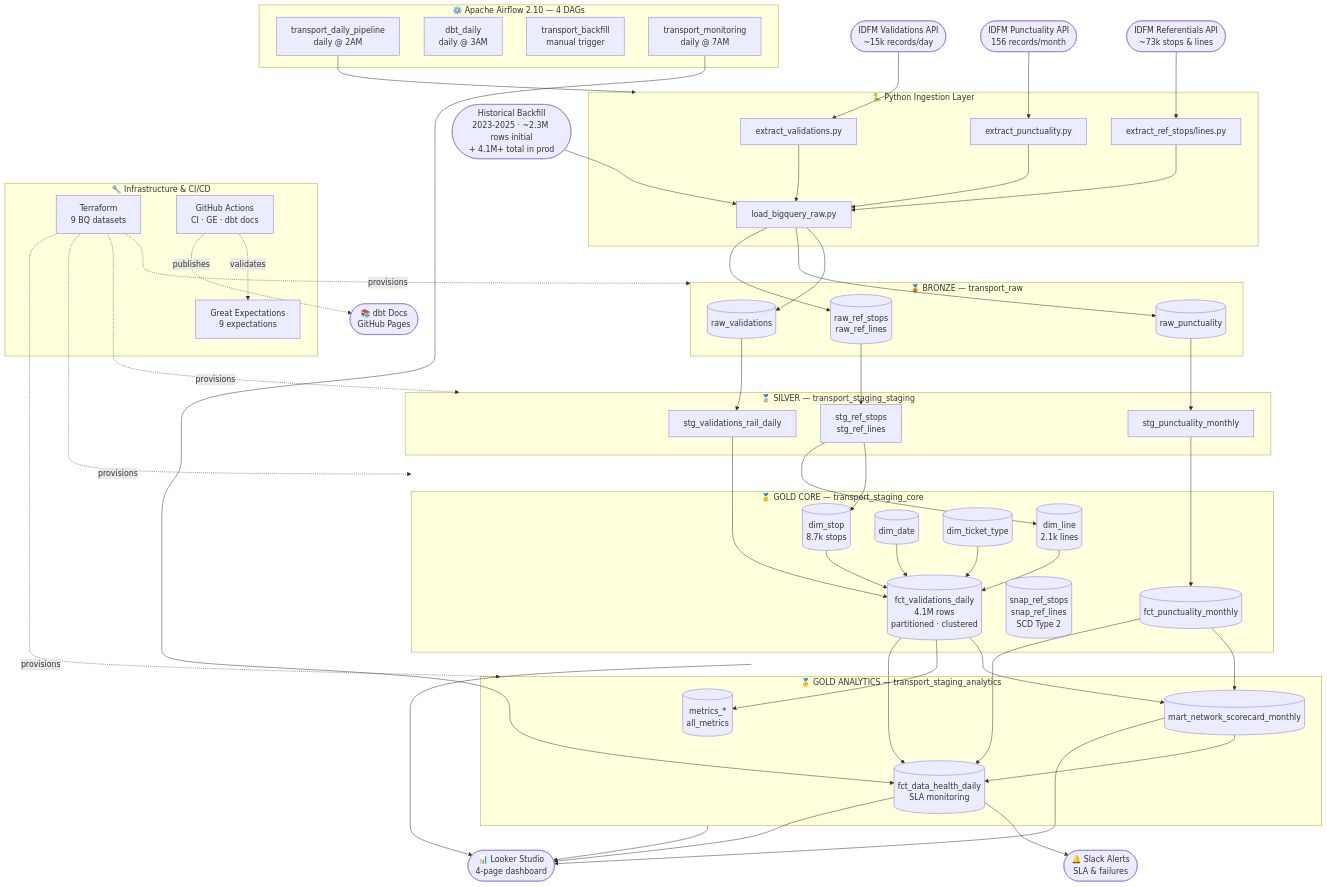
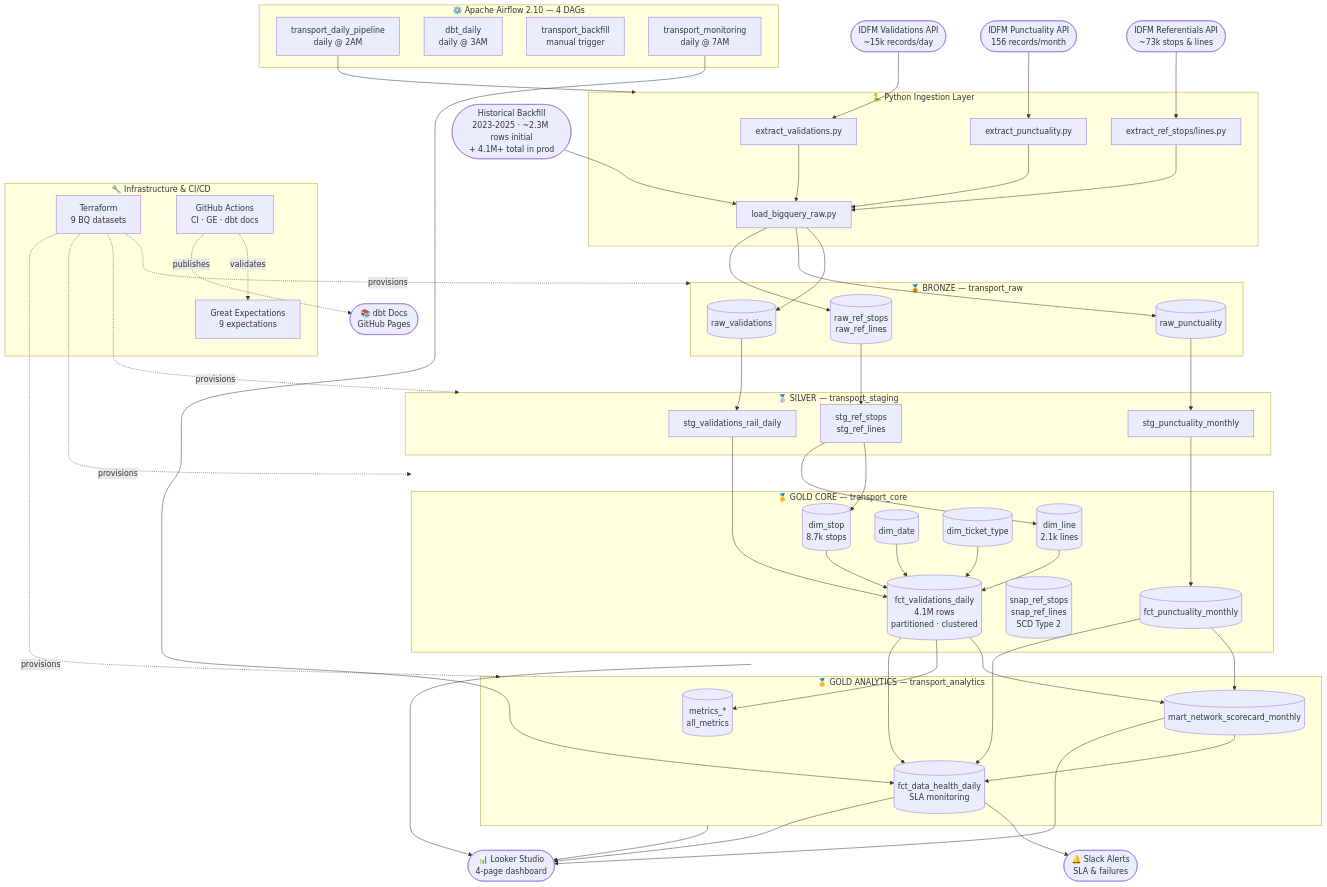
One commit to elliepsc/idfm-analytics-dataops changed the diagram in README.md. Above: the diagram before and after it, drawn with Mermaid. The commit also changed other lines of this file and 2 other files, not shown here.

```diff
--- a/README.md
+++ b/README.md
@@ -651,14 +653,14 @@
     end
 
     %% Silver
-    subgraph SILVER["🥈 SILVER — transport_staging_staging"]
+    subgraph SILVER["🥈 SILVER — transport_staging"]
         SV[stg_validations_rail_daily]
         SP[stg_punctuality_monthly]
         SR[stg_ref_stops\nstg_ref_lines]
     end
 
     %% Gold Core
-    subgraph CORE["🥇 GOLD CORE — transport_staging_core"]
+    subgraph CORE["🥇 GOLD CORE — transport_core"]
         DS[(dim_stop\n8.7k stops)]
         DL[(dim_line\n2.1k lines)]
         DD[(dim_date)]
@@ -669,7 +671,7 @@
     end
 
     %% Gold Analytics
-    subgraph ANALYTICS["🥇 GOLD ANALYTICS — transport_staging_analytics"]
+    subgraph ANALYTICS["🥇 GOLD ANALYTICS — transport_analytics"]
         MN[(mart_network_scorecard_monthly)]
         FH[(fct_data_health_daily\nSLA monitoring)]
         MT[(metrics_*\nall_metrics)]
```
